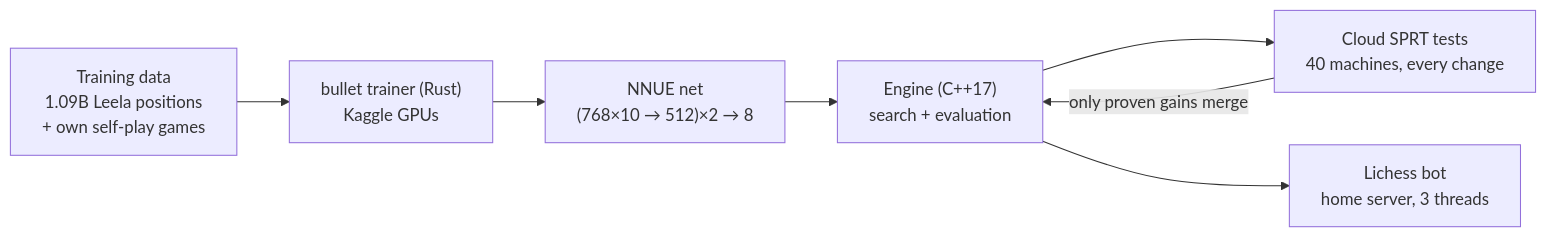
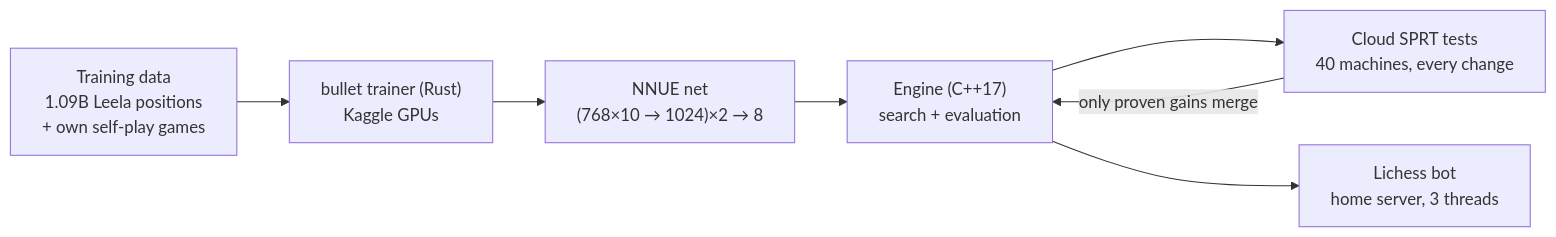
One commit to kavin-jain/KavinEngine changed the diagram in README.md. Above: the diagram before and after it, drawn with Mermaid. The commit also changed other lines of this file and 1 other file, not shown here.

Commit message:
README + SPRT log: 1024 net merged (+23.6 at 8+0.08, +30.0 at 30+0.3), 4 vs 2 threads; 70 tests, 451,312 games, bench 2262059

````diff
--- a/README.md
+++ b/README.md
@@ -28,9 +28,9 @@
 ```mermaid
 flowchart LR
     D["Training data<br/>1.09B Leela positions<br/>+ own self-play games"] --> T["bullet trainer (Rust)<br/>Kaggle GPUs"]
-    T --> N["NNUE net<br/>(768×10 → 512)×2 → 8"]
+    T --> N["NNUE net<br/>(768×10 → 1024)×2 → 8"]
     N --> E["Engine (C++17)<br/>search + evaluation"]
     E --> S["Cloud SPRT tests<br/>40 machines, every change"]
     S -- "only proven gains merge" --> E
     E --> L["Lichess bot<br/>home server, 3 threads"]
 ```
````
